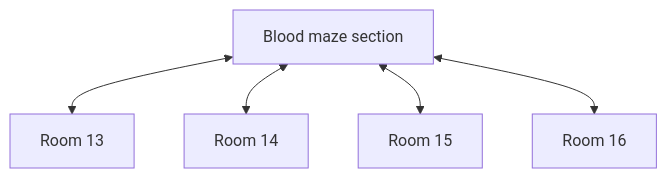
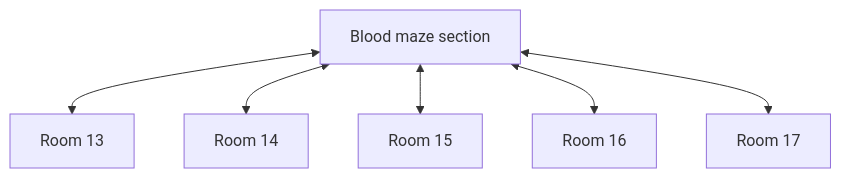
One commit to SlothBorg/Dungeon23 changed the fourth of 4 diagrams in Dungeon/Level_03/README.md. Above: the diagram before and after it, drawn with Mermaid. The commit also changed 4 other files, not shown here.

````diff
--- a/Dungeon/Level_03/README.md
+++ b/Dungeon/Level_03/README.md
@@ -39,8 +39,9 @@
 ```mermaid
 flowchart TD
     Blood[Blood maze section] <-->C13[Room 13]
     Blood <--> C14[Room 14]
     Blood <--> C15[Room 15]
     Blood <--> C16[Room 16]
+    Blood <--> C17[Room 17]
 
 ```
````
